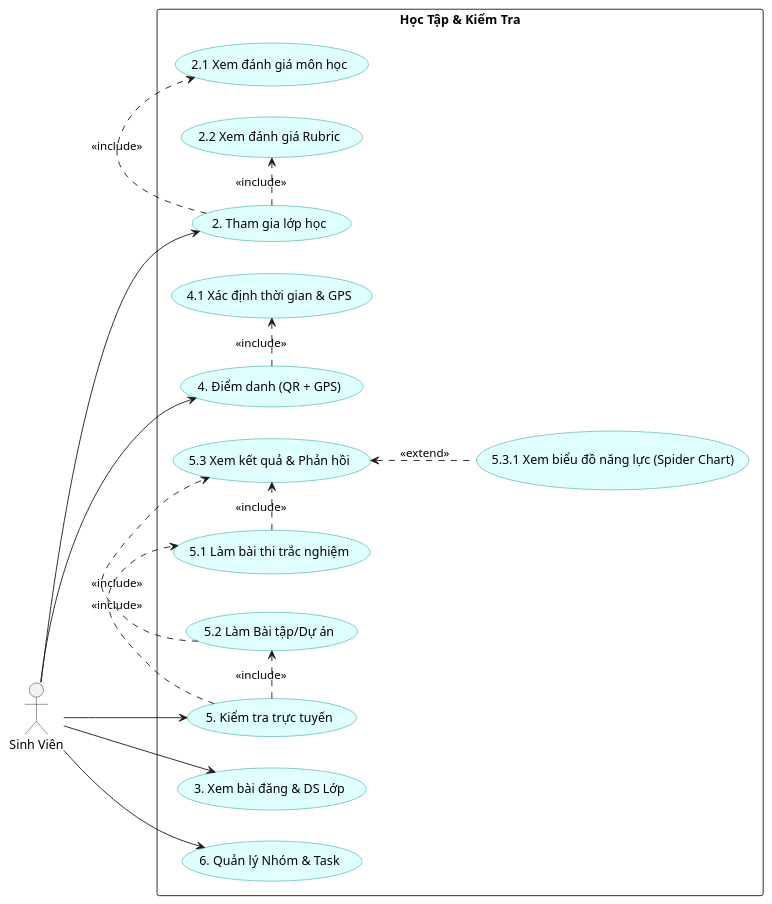
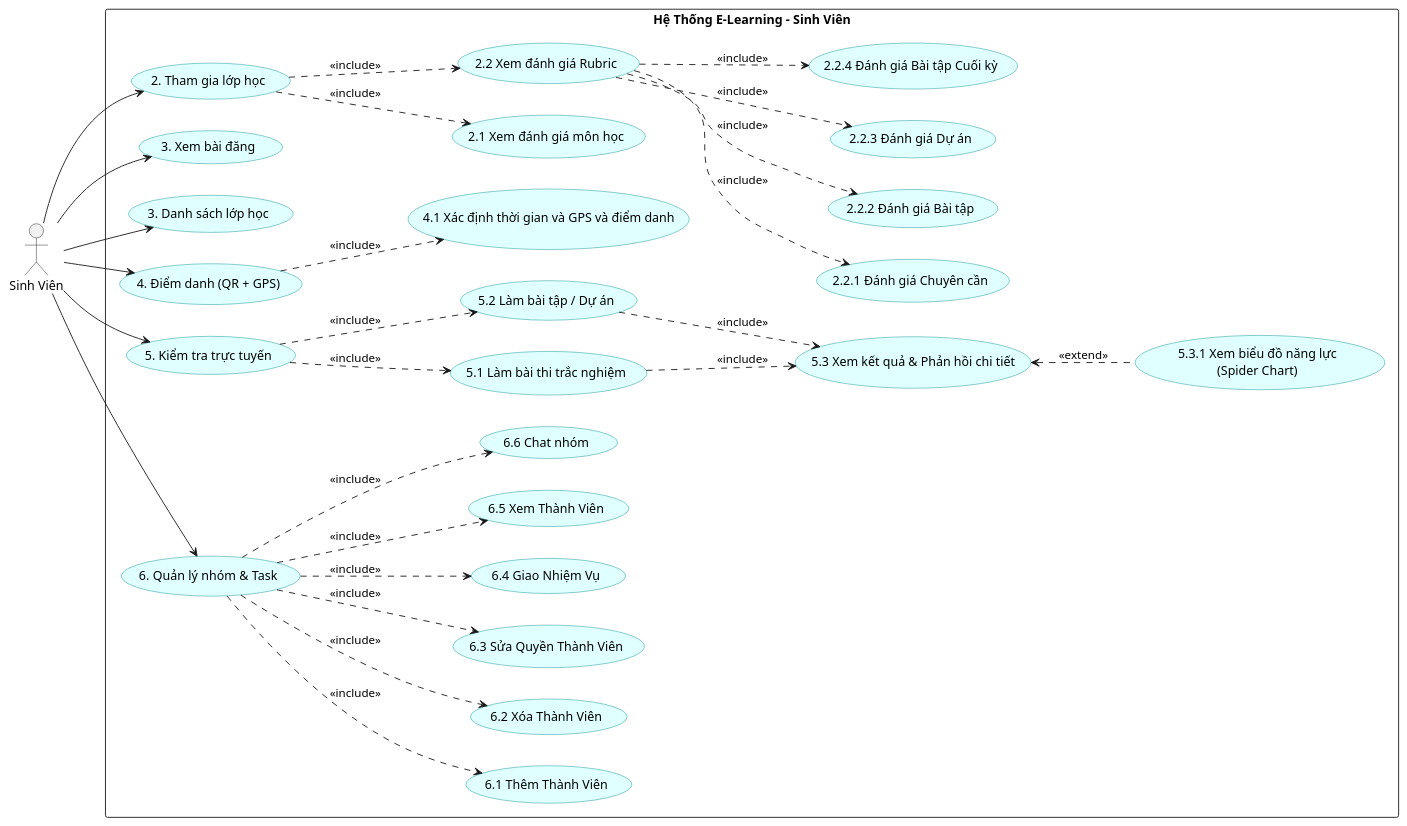
Before and after one commit to thanhthanh123vn/Rubric_Thanh_Duc_2025_2026: the diagram in eureka-server/eureka-server/src/main/java/hcmuaf/edu/vn/fit/rubric/plantUML/StudentUserCase.puml, drawn with PlantUML. The commit also changed 22 other files, not shown here.

```diff
--- a/eureka-server/eureka-server/src/main/java/hcmuaf/edu/vn/fit/rubric/plantUML/StudentUserCase.puml
+++ b/eureka-server/eureka-server/src/main/java/hcmuaf/edu/vn/fit/rubric/plantUML/StudentUserCase.puml
@@ -1,48 +1,96 @@
 @startuml
 left to right direction
+
 skinparam packageStyle rectangle
 skinparam usecase {
-  BackgroundColor LightCyan
-  BorderColor DarkCyan
+    BackgroundColor LightCyan
+    BorderColor DarkCyan
 }
 
 actor "Sinh Viên" as Student
 
-package "Học Tập & Kiểm Tra" {
-  usecase "2. Tham gia lớp học" as UC_Join
-  usecase "2.1 Xem đánh giá môn học" as UC_ViewEval
-  usecase "2.2 Xem đánh giá Rubric" as UC_ViewRubric
+package "Hệ Thống E-Learning - Sinh Viên" {
 
-  usecase "3. Xem bài đăng & DS Lớp" as UC_ViewPost
+    ' Tham gia lớp học
+    usecase "2. Tham gia lớp học" as UC_Join
+    usecase "2.1 Xem đánh giá môn học" as UC_ViewEvaluation
+    usecase "2.2 Xem đánh giá Rubric" as UC_ViewRubric
+        usecase "2.2.1 Đánh giá Chuyên cần" as UC_AttendanceRubric
+        usecase "2.2.2 Đánh giá Bài tập" as UC_AssignmentRubric
+        usecase "2.2.3 Đánh giá Dự án" as UC_ProjectRubric
+        usecase "2.2.4 Đánh giá Bài tập Cuối kỳ" as UC_FinalRubric
 
-  usecase "4. Điểm danh (QR + GPS)" as UC_Attend
-  usecase "4.1 Xác định thời gian & GPS" as UC_GPS
+    ' Bài đăng & Lớp học
+    usecase "3. Xem bài đăng" as UC_ViewPost
+    usecase "3. Danh sách lớp học" as UC_ClassList
 
-  usecase "5. Kiểm tra trực tuyến" as UC_Test
-  usecase "5.1 Làm bài thi trắc nghiệm" as UC_Quiz
-  usecase "5.2 Làm Bài tập/Dự án" as UC_Project
-  usecase "5.3 Xem kết quả & Phản hồi" as UC_Result
-  usecase "5.3.1 Xem biểu đồ năng lực (Spider Chart)" as UC_Chart
+    ' Điểm danh
+    usecase "4. Điểm danh (QR + GPS)" as UC_Attendance
+    usecase "4.1 Xác định thời gian và GPS và điểm danh" as UC_GPS
 
-  usecase "6. Quản lý Nhóm & Task" as UC_Group
+    ' Kiểm tra trực tuyến
+    usecase "5. Kiểm tra trực tuyến" as UC_OnlineExam
+    usecase "5.1 Làm bài thi trắc nghiệm" as UC_Quiz
+    usecase "5.2 Làm bài tập / Dự án" as UC_Project
+    usecase "5.3 Xem kết quả & Phản hồi chi tiết" as UC_Result
+    usecase "5.3.1 Xem biểu đồ năng lực\n(Spider Chart)" as UC_Chart
+
+    ' Quản lý nhóm & Task
+    usecase "6. Quản lý nhóm & Task" as UC_Group
+    usecase "6.1 Thêm Thành Viên" as UC_AddMember
+    usecase "6.2 Xóa Thành Viên" as UC_RemoveMember
+    usecase "6.3 Sửa Quyền Thành Viên" as UC_EditRole
+    usecase "6.4 Giao Nhiệm Vụ" as UC_AssignTask
+    usecase "6.5 Xem Thành Viên" as UC_ViewMember
+    usecase "6.6 Chat nhóm" as UC_Chat
 }
 
+'========================
+' Actor Connections
+'========================
 Student --> UC_Join
-UC_Join .> UC_ViewEval : <<include>>
-UC_Join .> UC_ViewRubric : <<include>>
+Student --> UC_ViewPost
+Student --> UC_ClassList
+Student --> UC_Attendance
+Student --> UC_OnlineExam
+Student --> UC_Group
 
-Student --> UC_ViewPost
+'========================
+' 2. Tham Gia Lớp Học
+'========================
+UC_Join ..> UC_ViewEvaluation : <<include>>
+UC_Join ..> UC_ViewRubric : <<include>>
 
-Student --> UC_Attend
-UC_Attend .> UC_GPS : <<include>>
+UC_ViewRubric ..> UC_AttendanceRubric : <<include>>
+UC_ViewRubric ..> UC_AssignmentRubric : <<include>>
+UC_ViewRubric ..> UC_ProjectRubric : <<include>>
+UC_ViewRubric ..> UC_FinalRubric : <<include>>
 
-Student --> UC_Test
-UC_Test .> UC_Quiz : <<include>>
-UC_Test .> UC_Project : <<include>>
+'========================
+' 4. Điểm danh
+'========================
+UC_Attendance ..> UC_GPS : <<include>>
 
-UC_Quiz .> UC_Result : <<include>>
-UC_Project .> UC_Result : <<include>>
+'========================
+' 5. Kiểm tra trực tuyến
+'========================
+UC_OnlineExam ..> UC_Quiz : <<include>>
+UC_OnlineExam ..> UC_Project : <<include>>
+
+UC_Quiz ..> UC_Result : <<include>>
+UC_Project ..> UC_Result : <<include>>
+
+' Biểu đồ năng lực mở rộng từ việc xem kết quả
 UC_Result <.. UC_Chart : <<extend>>
 
-Student --> UC_Group
+'========================
+' 6. Quản lý nhóm & Task
+'========================
+UC_Group ..> UC_AddMember : <<include>>
+UC_Group ..> UC_RemoveMember : <<include>>
+UC_Group ..> UC_EditRole : <<include>>
+UC_Group ..> UC_AssignTask : <<include>>
+UC_Group ..> UC_ViewMember : <<include>>
+UC_Group ..> UC_Chat : <<include>>
+
 @enduml
```
